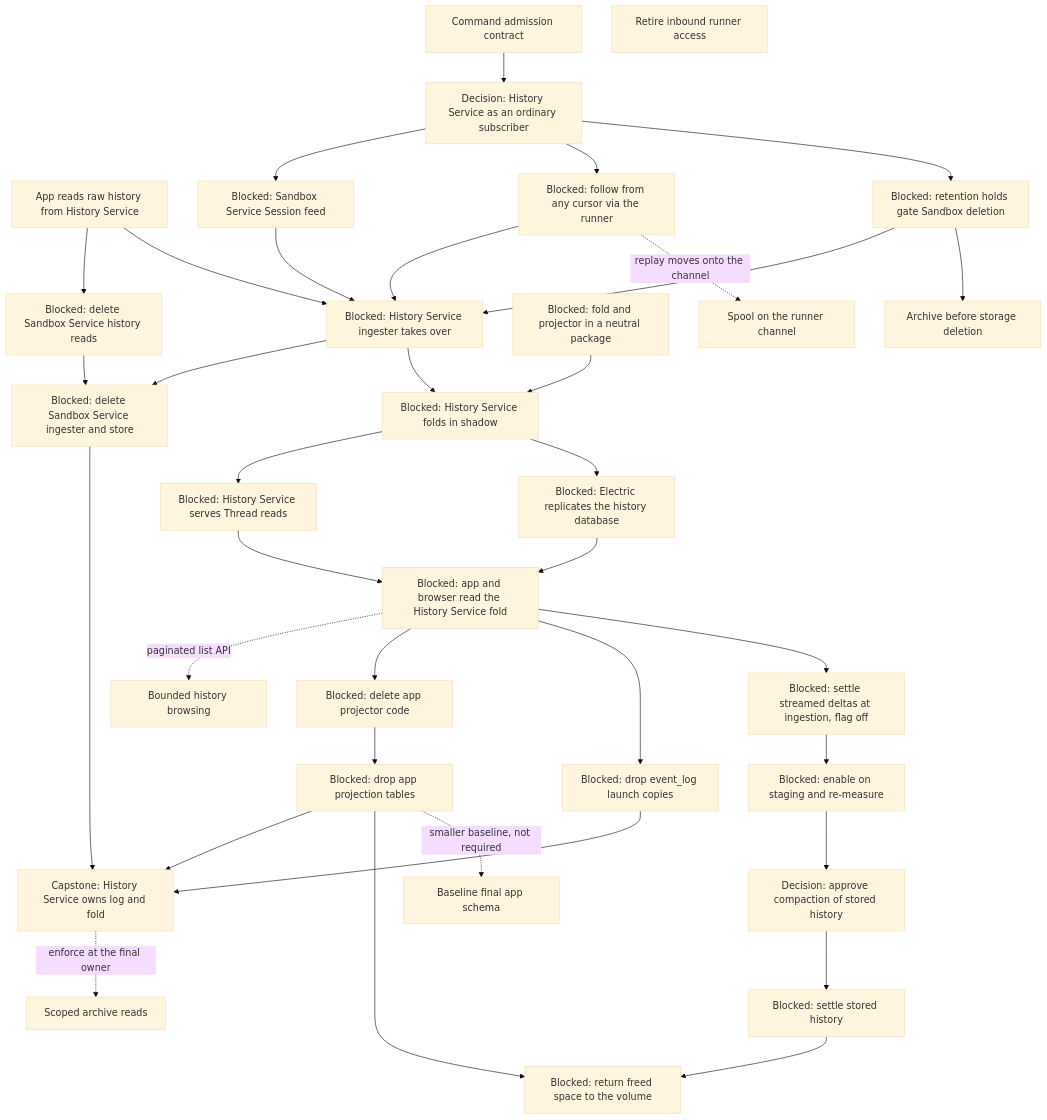
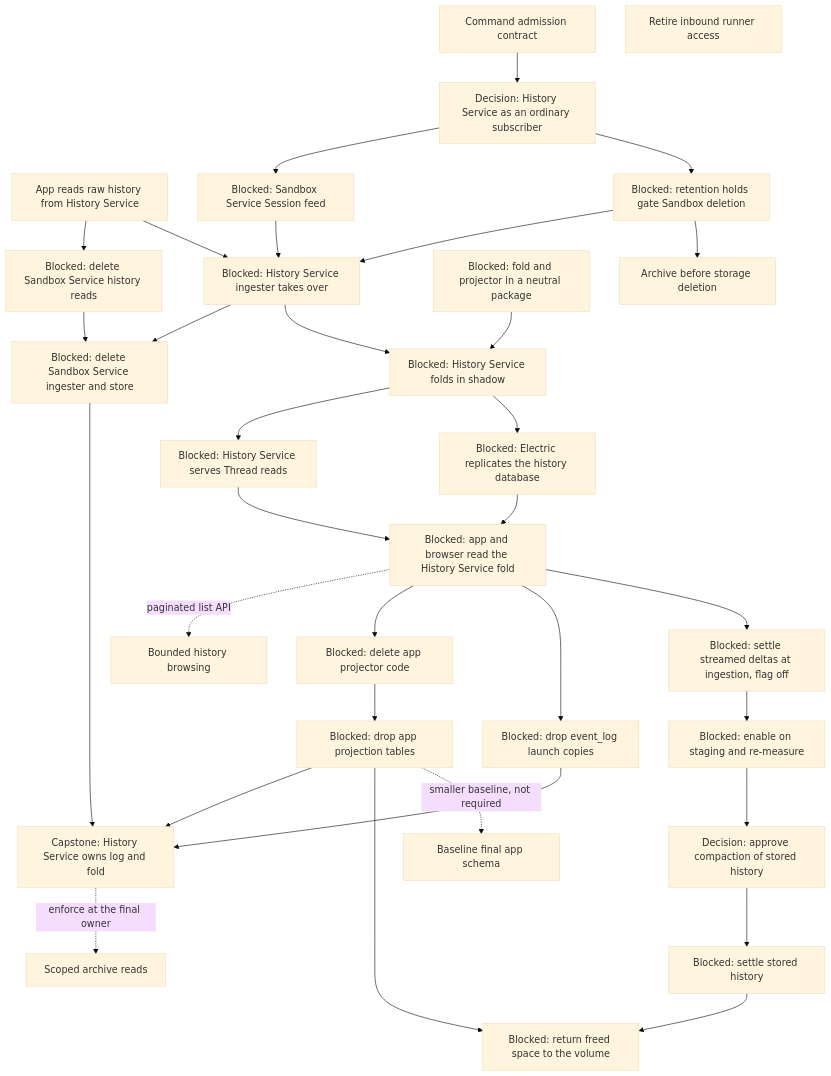
Before and after one commit to agentydragon-agent/ducktape: the eighth of 9 diagrams in agentplane/plans/task_dag.md, drawn with Mermaid (base theme). The commit also changed other lines of this file and 5 other files, not shown here.

````diff
--- a/agentplane/plans/task_dag.md
+++ b/agentplane/plans/task_dag.md
@@ -749,66 +749,61 @@
 ```mermaid
 flowchart TD
     SESSION_FOLLOW_CONTRACT[Decision: History Service as an ordinary subscriber]
     SESSION_COMMAND_CONTRACT[Command admission contract]
     HISTORY_READ_CUTOVER[App reads raw history from History Service]
     SANDBOX_HISTORY_READS_RETIRE[Blocked: delete Sandbox Service history reads]
     SESSION_WATCH[Blocked: Sandbox Service Session feed]
-    FOLLOW_REPLAY[Blocked: follow from any cursor via the runner]
     RETENTION_HOLDS[Blocked: retention holds gate Sandbox deletion]
     HISTORY_WRITE_HANDOFF[Blocked: History Service ingester takes over]
     SANDBOX_LOCAL_HISTORY_RETIRE[Blocked: delete Sandbox Service ingester and store]
     FOLD_LIBRARY_EXTRACT[Blocked: fold and projector in a neutral package]
     FOLD_SHADOW[Blocked: History Service folds in shadow]
     FOLD_READ_API[Blocked: History Service serves Thread reads]
     ELECTRIC_HISTORY_SOURCE[Blocked: Electric replicates the history database]
     FOLD_READ_CUTOVER[Blocked: app and browser read the History Service fold]
     APP_PROJECTOR_RETIRE[Blocked: delete app projector code]
     APP_PROJECTION_RETIRE[Blocked: drop app projection tables]
     APP_EVENT_LOG_COPIES_RETIRE[Blocked: drop event_log launch copies]
     HISTORY_SERVICE_OWNERSHIP[Capstone: History Service owns log and fold]
     SESSION_EVENT_RETENTION[Blocked: settle streamed deltas at ingestion, flag off]
     SESSION_EVENT_RETENTION_ENABLE[Blocked: enable on staging and re-measure]
     SESSION_EVENT_COMPACTION_PLAN[Decision: approve compaction of stored history]
     SESSION_EVENT_COMPACTION[Blocked: settle stored history]
     HISTORY_REPACK[Blocked: return freed space to the volume]
     APP_ALEMBIC_SQUASH[Baseline final app schema]
     THREAD_BROWSE_PAGINATE[Bounded history browsing]
     THREAD_READ_POLICY[Scoped archive reads]
-    RUNNER_OUTBOUND_SPOOL[Spool on the runner channel]
     RUNNER_INBOUND_RETIRE[Retire inbound runner access]
     SANDBOX_LIFECYCLE_DURABILITY[Archive before storage deletion]
     SESSION_COMMAND_CONTRACT --> SESSION_FOLLOW_CONTRACT
     HISTORY_READ_CUTOVER --> SANDBOX_HISTORY_READS_RETIRE
     SESSION_FOLLOW_CONTRACT --> SESSION_WATCH
-    SESSION_FOLLOW_CONTRACT --> FOLLOW_REPLAY
     SESSION_FOLLOW_CONTRACT --> RETENTION_HOLDS
     SESSION_WATCH --> HISTORY_WRITE_HANDOFF
-    FOLLOW_REPLAY --> HISTORY_WRITE_HANDOFF
     RETENTION_HOLDS --> HISTORY_WRITE_HANDOFF
     HISTORY_READ_CUTOVER --> HISTORY_WRITE_HANDOFF
     HISTORY_WRITE_HANDOFF --> SANDBOX_LOCAL_HISTORY_RETIRE
     SANDBOX_HISTORY_READS_RETIRE --> SANDBOX_LOCAL_HISTORY_RETIRE
     FOLD_LIBRARY_EXTRACT --> FOLD_SHADOW
     HISTORY_WRITE_HANDOFF --> FOLD_SHADOW
     FOLD_SHADOW --> FOLD_READ_API
     FOLD_SHADOW --> ELECTRIC_HISTORY_SOURCE
     FOLD_READ_API --> FOLD_READ_CUTOVER
     FOLD_READ_CUTOVER -. paginated list API .-> THREAD_BROWSE_PAGINATE
     ELECTRIC_HISTORY_SOURCE --> FOLD_READ_CUTOVER
     FOLD_READ_CUTOVER --> APP_PROJECTOR_RETIRE
     APP_PROJECTOR_RETIRE --> APP_PROJECTION_RETIRE
     FOLD_READ_CUTOVER --> APP_EVENT_LOG_COPIES_RETIRE
     APP_EVENT_LOG_COPIES_RETIRE --> HISTORY_SERVICE_OWNERSHIP
     APP_PROJECTION_RETIRE --> HISTORY_SERVICE_OWNERSHIP
     SANDBOX_LOCAL_HISTORY_RETIRE --> HISTORY_SERVICE_OWNERSHIP
     FOLD_READ_CUTOVER --> SESSION_EVENT_RETENTION
     SESSION_EVENT_RETENTION --> SESSION_EVENT_RETENTION_ENABLE
     SESSION_EVENT_RETENTION_ENABLE --> SESSION_EVENT_COMPACTION_PLAN
     SESSION_EVENT_COMPACTION_PLAN --> SESSION_EVENT_COMPACTION
     SESSION_EVENT_COMPACTION --> HISTORY_REPACK
     APP_PROJECTION_RETIRE --> HISTORY_REPACK
     APP_PROJECTION_RETIRE -. smaller baseline, not required .-> APP_ALEMBIC_SQUASH
     HISTORY_SERVICE_OWNERSHIP -. enforce at the final owner .-> THREAD_READ_POLICY
-    FOLLOW_REPLAY -. replay moves onto the channel .-> RUNNER_OUTBOUND_SPOOL
     RETENTION_HOLDS --> SANDBOX_LIFECYCLE_DURABILITY
 ```
````
